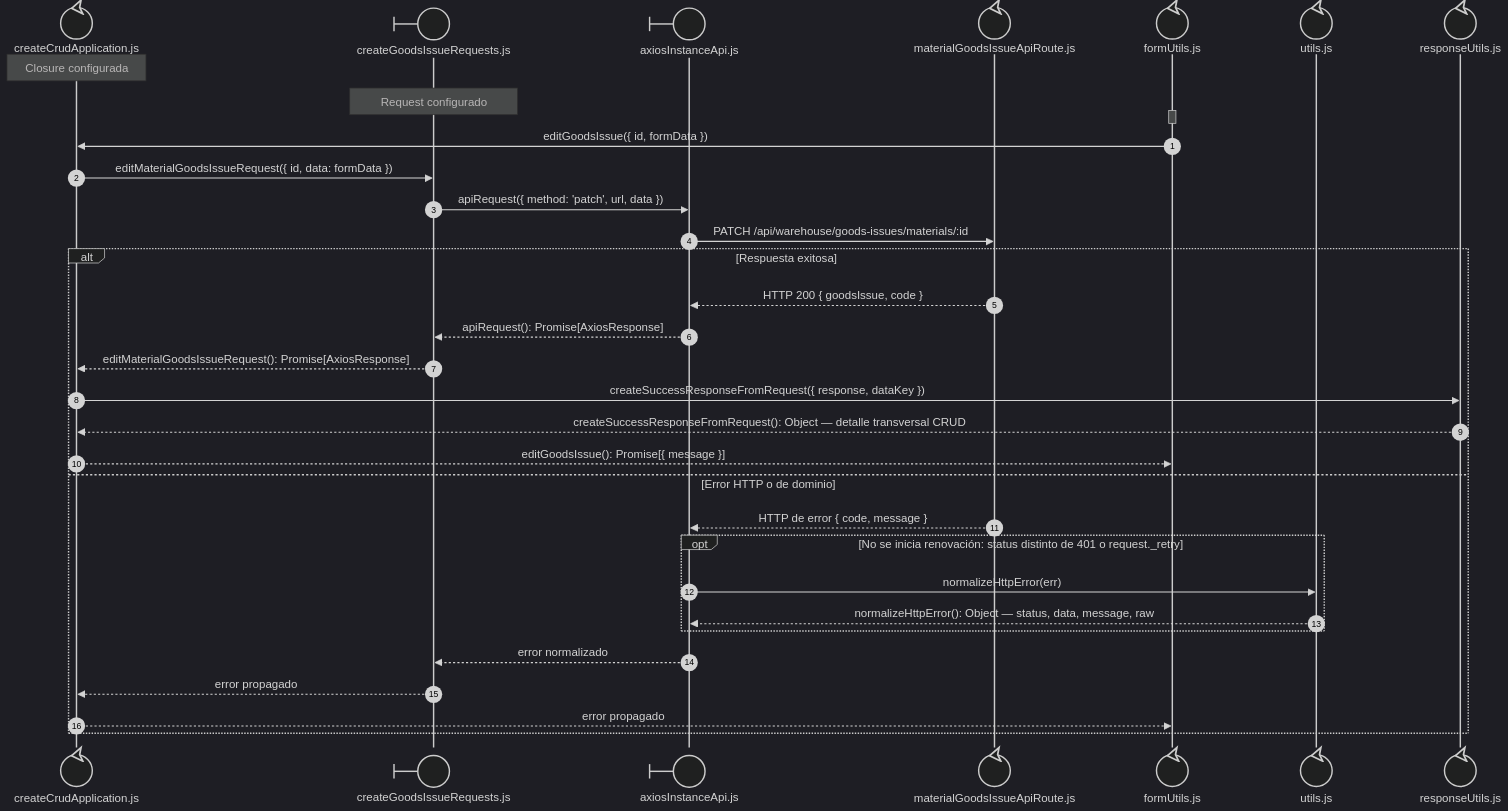
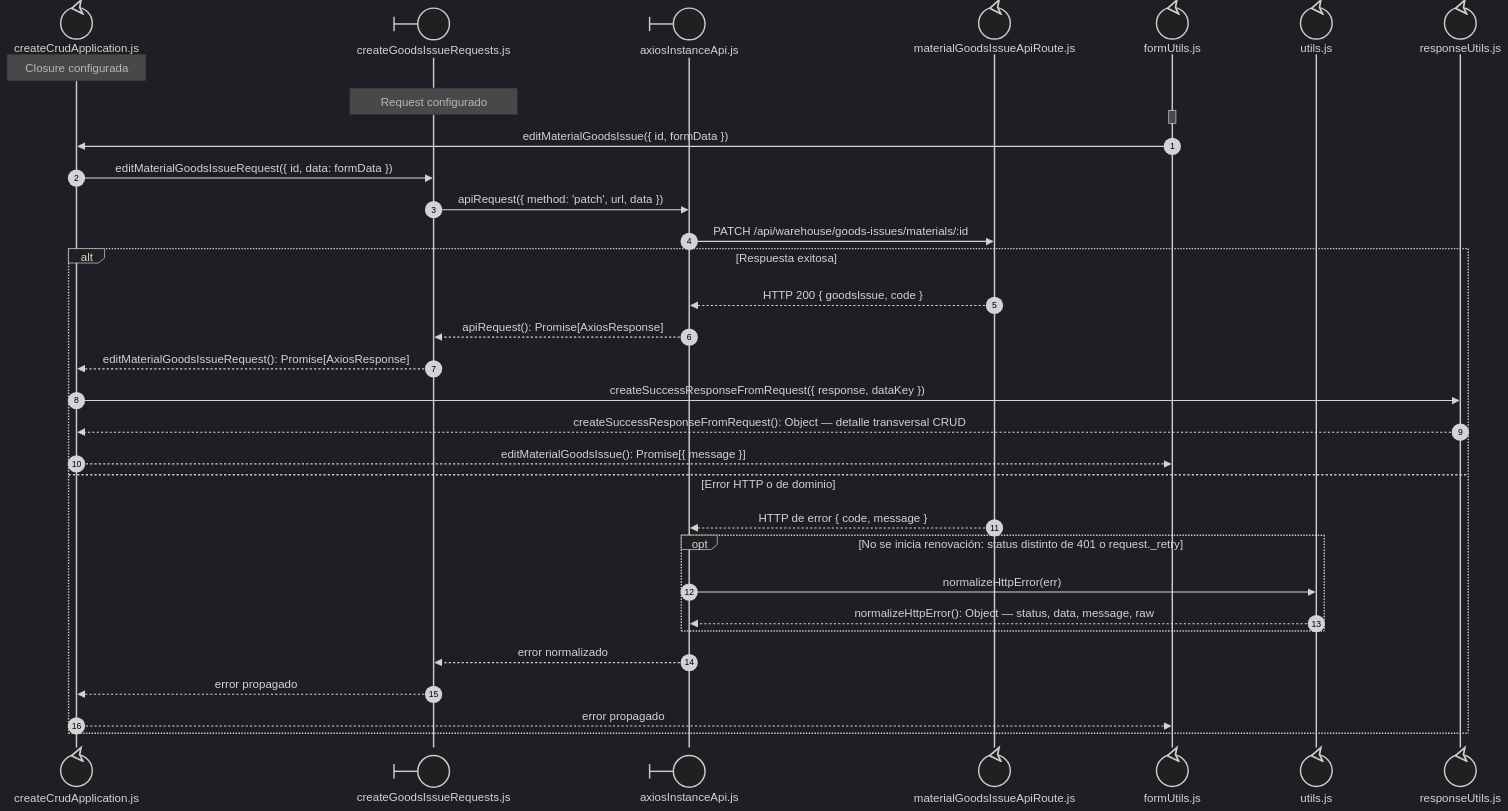
Before and after one commit to gpgsistemas01/nexus: the third of 3 diagrams in docs/architecture/views/processes/frontend-code-sequences/issues/cu-sal-04.md, drawn with Mermaid (dark theme). The commit also changed other lines of this file and 142 other files, not shown here.

````diff
--- a/docs/architecture/views/processes/frontend-code-sequences/issues/cu-sal-04.md
+++ b/docs/architecture/views/processes/frontend-code-sequences/issues/cu-sal-04.md
@@ -190,39 +191,39 @@
 ```mermaid
 sequenceDiagram
     autonumber
     participant Application@{ "type": "control" } as createCrudApplication.js
     participant Request@{ "type": "boundary" } as createGoodsIssueRequests.js
     participant HTTP@{ "type": "boundary" } as axiosInstanceApi.js
     participant Transport@{ "type": "control" } as materialGoodsIssueApiRoute.js
     participant FormUtils@{ "type": "control" } as formUtils.js
 
     participant FileUtils@{ "type": "control" } as utils.js
 
     participant FileResponseUtils@{ "type": "control" } as responseUtils.js
 
     Note over Application: Closure configurada
     Note over Request: Request configurado
     activate FormUtils
     deactivate FormUtils
-        FormUtils->>Application: editGoodsIssue({ id, formData })
+        FormUtils->>Application: editMaterialGoodsIssue({ id, formData })
         Application->>Request: editMaterialGoodsIssueRequest({ id, data: formData })
         Request->>HTTP: apiRequest({ method: 'patch', url, data })
         HTTP->>Transport: PATCH /api/warehouse/goods-issues/materials/:id
         alt Respuesta exitosa
             Transport-->>HTTP: HTTP 200 { goodsIssue, code }
             HTTP-->>Request: apiRequest(): Promise[AxiosResponse]
             Request-->>Application: editMaterialGoodsIssueRequest(): Promise[AxiosResponse]
             Application->>FileResponseUtils: createSuccessResponseFromRequest({ response, dataKey })
             FileResponseUtils-->>Application: createSuccessResponseFromRequest(): Object — detalle transversal CRUD
-            Application-->>FormUtils: editGoodsIssue(): Promise[{ message }]
+            Application-->>FormUtils: editMaterialGoodsIssue(): Promise[{ message }]
         else Error HTTP o de dominio
             Transport-->>HTTP: HTTP de error { code, message }
             opt No se inicia renovación: status distinto de 401 o request._retry
                 HTTP->>FileUtils: normalizeHttpError(err)
                 FileUtils-->>HTTP: normalizeHttpError(): Object — status, data, message, raw
             end
             HTTP-->>Request: error normalizado
             Request-->>Application: error propagado
             Application-->>FormUtils: error propagado
     end
 ```
````
